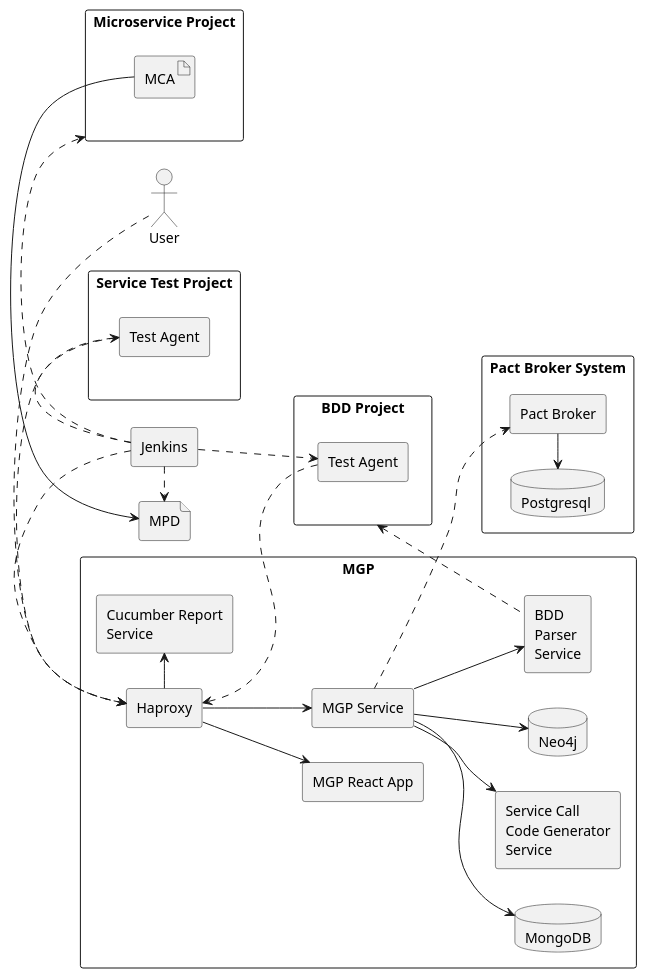
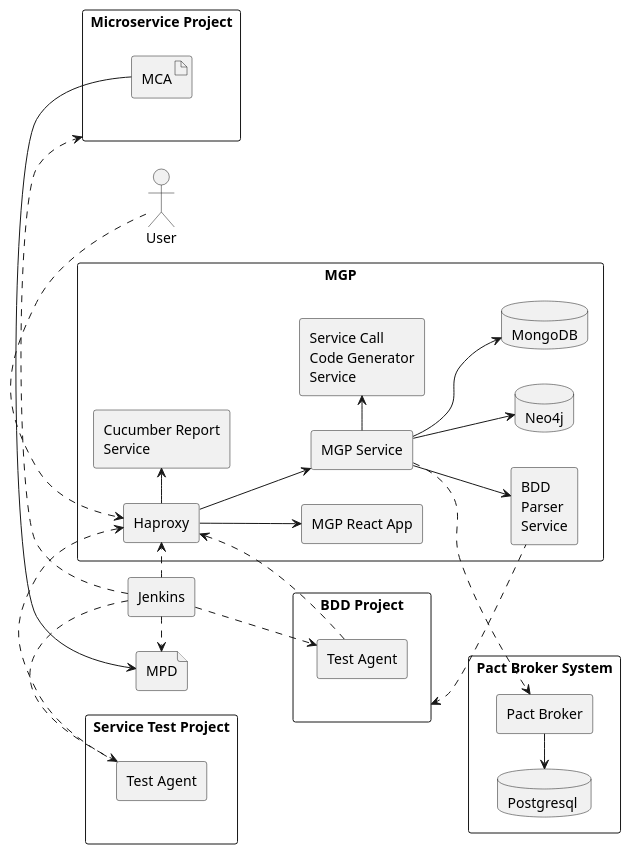
Before and after one commit to b4456609/mgp-back: the diagram in diagram/deployment.puml, drawn with PlantUML.

```diff
--- a/diagram/deployment.puml
+++ b/diagram/deployment.puml
@@ -1,53 +1,53 @@
 @startuml
 'scale 2
 left to right direction
 Actor User as u
 rectangle Jenkins as j
 
 rectangle "Pact Broker System" {
     rectangle "Pact Broker" as pb
     database "Postgresql " as pg
     pb -l-> pg
 }
 rectangle "Microservice Project" as mp {
     artifact MCA as mca
 }
 rectangle "BDD Project" as bddp {
     rectangle "Test Agent" as bta
 }
 rectangle "Service Test Project" as stp {
     rectangle "Test Agent" as sta
 }
 file MPD as mpd
 rectangle "MGP"{
     rectangle Haproxy as ha
     rectangle "MGP React App" as ra
     rectangle "Service Call\nCode Generator\nService" as cg
     rectangle "BDD\nParser\nService" as bp
     rectangle "Cucumber Report\nService" as cr
     rectangle "MGP Service" as ab
     database "Neo4j" as n
     database "MongoDB" as m
     ha -d-> ra
     ha -> cr
     ha -d-> ab
     ab -d-> n
     ab -d-> m
-    ab -d-> cg
+    ab -> cg
     ab -d-> bp
 }
 j .> sta
 j .> bta
 ha <. sta
 ha <. bta
 bp .u.> bddp
 u .> ha
 j .> ha
 ab .d.> pb
 j .> mp
 mca -> mpd
 j .> mpd
 
 stp -[hidden]-> pb
 bddp -[hidden]-> pb
 @enduml
```
